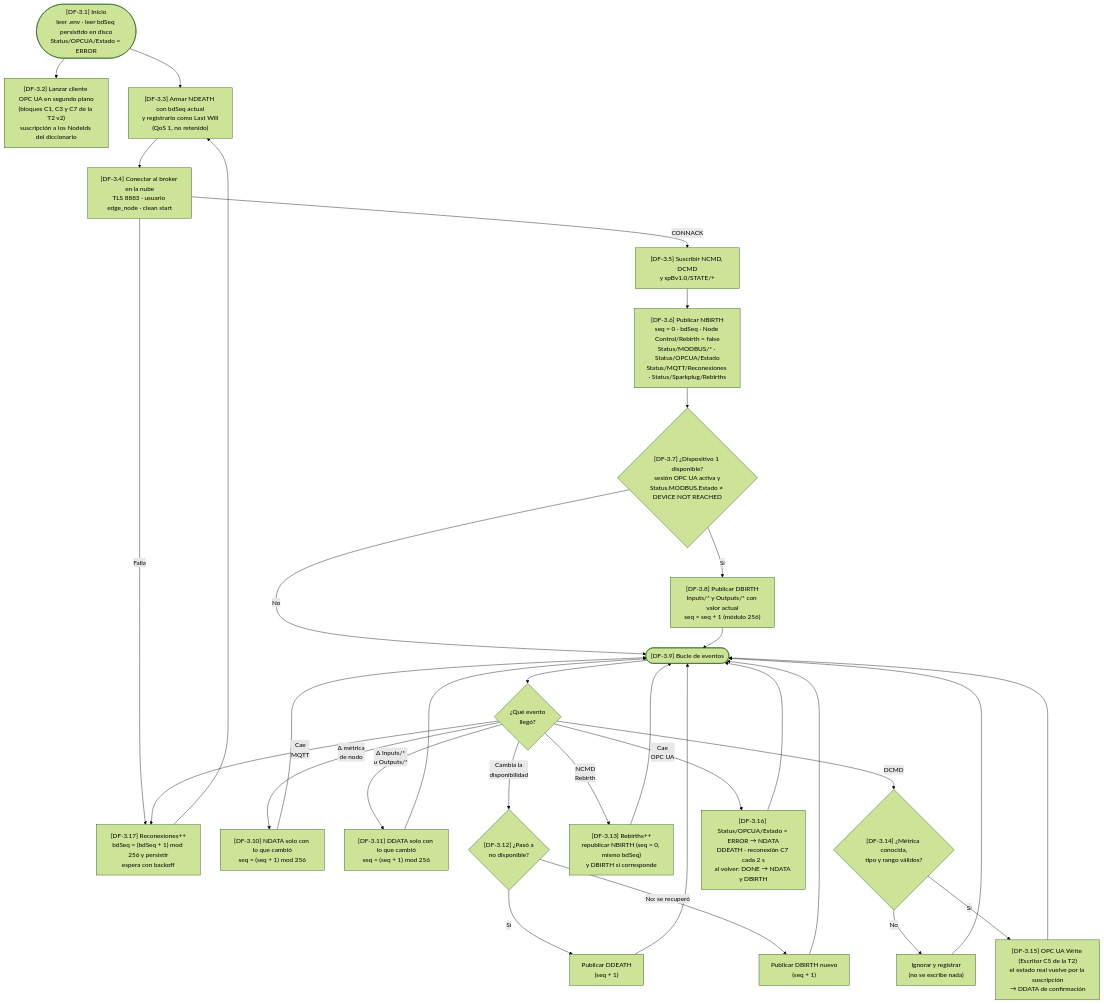
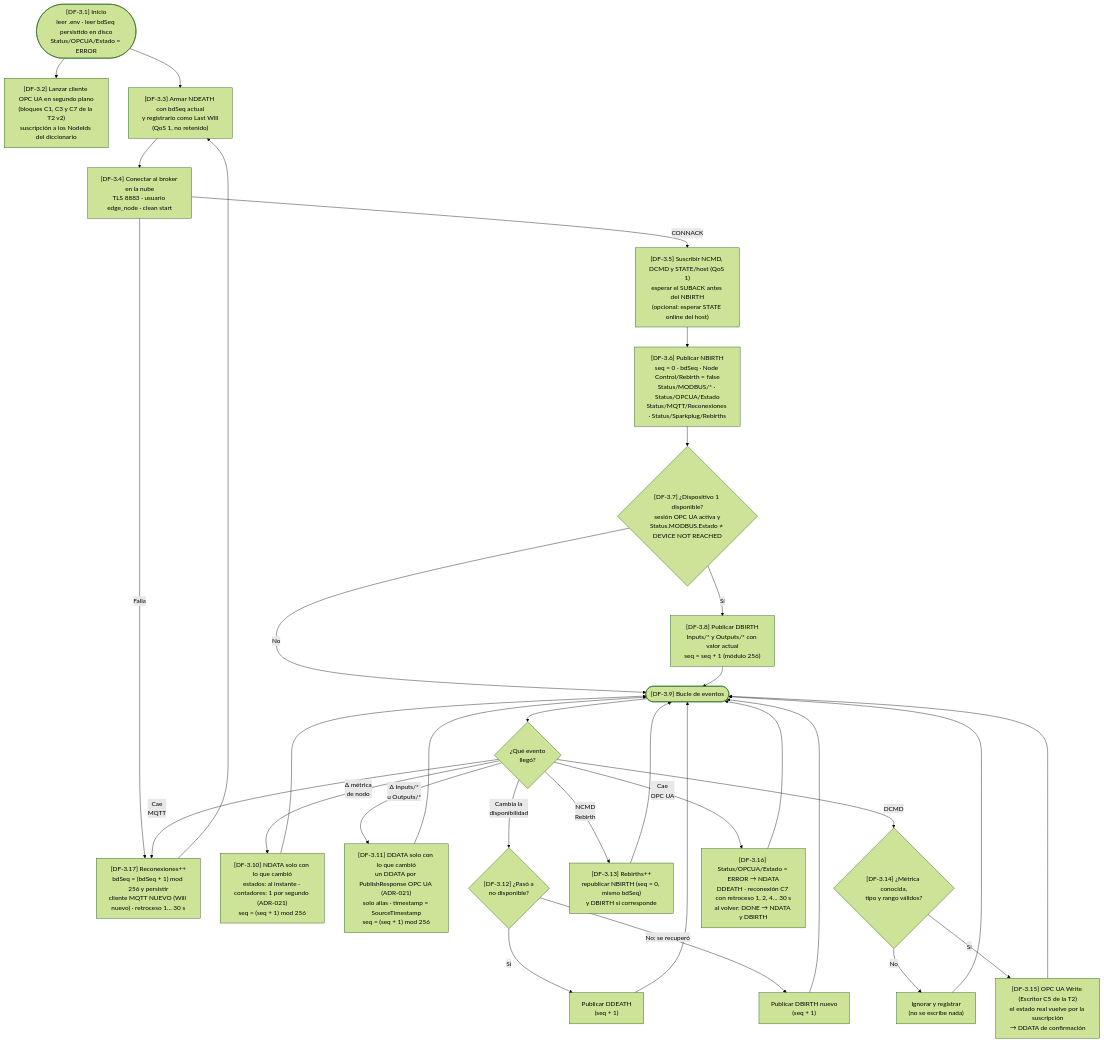
One commit to bevilacquafrancisco/protocolos-comunicaciones-industriales changed the diagram in tarea-3/docs/diagramas/flujo-edge-node.mmd. Above: the diagram before and after it, drawn with Mermaid (forest theme). The commit also changed 7 other files, not shown here.

```diff
--- a/tarea-3/docs/diagramas/flujo-edge-node.mmd
+++ b/tarea-3/docs/diagramas/flujo-edge-node.mmd
@@ -1,37 +1,37 @@
 %% flujo-edge-node.mmd — Dispositivo 3 · cliente OPC UA (T2 v2) + Edge Node Sparkplug B
 %% Cada bloque [DF-3.x] se cita en el comentario de la función Python que lo implementa.
 %% Ciclo de vida según Sparkplug 3.0 (I-07, I-10) · estados de comunicación en el nodo (ADR-006)
 flowchart TD
     A(["[DF-3.1] Inicio<br/>leer .env · leer bdSeq persistido en disco<br/>Status/OPCUA/Estado = ERROR"])
     A --> B["[DF-3.2] Lanzar cliente OPC UA en segundo plano<br/>(bloques C1, C3 y C7 de la T2 v2)<br/>suscripción a los NodeIds del diccionario"]
     A --> C["[DF-3.3] Armar NDEATH con bdSeq actual<br/>y registrarlo como Last Will<br/>(QoS 1, no retenido)"]
     C --> D["[DF-3.4] Conectar al broker en la nube<br/>TLS 8883 · usuario edge_node · clean start"]
     D -- "Falla" --> RC
-    D -- "CONNACK" --> E["[DF-3.5] Suscribir NCMD, DCMD<br/>y spBv1.0/STATE/+"]
+    D -- "CONNACK" --> E["[DF-3.5] Suscribir NCMD, DCMD y STATE/host (QoS 1)<br/>esperar el SUBACK antes del NBIRTH<br/>(opcional: esperar STATE online del host)"]
     E --> F["[DF-3.6] Publicar NBIRTH<br/>seq = 0 · bdSeq · Node Control/Rebirth = false<br/>Status/MODBUS/* · Status/OPCUA/Estado<br/>Status/MQTT/Reconexiones · Status/Sparkplug/Rebirths"]
     F --> G{"[DF-3.7] ¿Dispositivo 1 disponible?<br/>sesión OPC UA activa y<br/>Status.MODBUS.Estado ≠ DEVICE NOT REACHED"}
     G -- Sí --> H["[DF-3.8] Publicar DBIRTH<br/>Inputs/* y Outputs/* con valor actual<br/>seq = seq + 1 (módulo 256)"]
     G -- No --> L
     H --> L
 
     L(["[DF-3.9] Bucle de eventos"]) --> EV{"¿Qué evento<br/>llegó?"}
-    EV -- "Δ métrica<br/>de nodo" --> N1["[DF-3.10] NDATA solo con lo que cambió<br/>seq = (seq + 1) mod 256"]
-    EV -- "Δ Inputs/*<br/>u Outputs/*" --> N2["[DF-3.11] DDATA solo con lo que cambió<br/>seq = (seq + 1) mod 256"]
+    EV -- "Δ métrica<br/>de nodo" --> N1["[DF-3.10] NDATA solo con lo que cambió<br/>estados: al instante · contadores: 1 por segundo (ADR-021)<br/>seq = (seq + 1) mod 256"]
+    EV -- "Δ Inputs/*<br/>u Outputs/*" --> N2["[DF-3.11] DDATA solo con lo que cambió<br/>un DDATA por PublishResponse OPC UA (ADR-021)<br/>solo alias · timestamp = SourceTimestamp<br/>seq = (seq + 1) mod 256"]
     EV -- "Cambia la<br/>disponibilidad" --> N3{"[DF-3.12] ¿Pasó a<br/>no disponible?"}
     N3 -- Sí --> DD["Publicar DDEATH<br/>(seq + 1)"]
     N3 -- "No: se recuperó" --> DB["Publicar DBIRTH nuevo<br/>(seq + 1)"]
     EV -- "NCMD<br/>Rebirth" --> RB["[DF-3.13] Rebirths++<br/>republicar NBIRTH (seq = 0, mismo bdSeq)<br/>y DBIRTH si corresponde"]
     EV -- "DCMD" --> CM{"[DF-3.14] ¿Métrica conocida,<br/>tipo y rango válidos?"}
     CM -- No --> CMX["Ignorar y registrar<br/>(no se escribe nada)"]
     CM -- Sí --> CMW["[DF-3.15] OPC UA Write (Escritor C5 de la T2)<br/>el estado real vuelve por la suscripción<br/>→ DDATA de confirmación"]
-    EV -- "Cae<br/>OPC UA" --> OU["[DF-3.16] Status/OPCUA/Estado = ERROR → NDATA<br/>DDEATH · reconexión C7 cada 2 s<br/>al volver: DONE → NDATA y DBIRTH"]
-    EV -- "Cae<br/>MQTT" --> RC["[DF-3.17] Reconexiones++<br/>bdSeq = (bdSeq + 1) mod 256 y persistir<br/>espera con backoff"]
+    EV -- "Cae<br/>OPC UA" --> OU["[DF-3.16] Status/OPCUA/Estado = ERROR → NDATA<br/>DDEATH · reconexión C7 con retroceso 1, 2, 4… 30 s<br/>al volver: DONE → NDATA y DBIRTH"]
+    EV -- "Cae<br/>MQTT" --> RC["[DF-3.17] Reconexiones++<br/>bdSeq = (bdSeq + 1) mod 256 y persistir<br/>cliente MQTT NUEVO (Will nuevo) · retroceso 1… 30 s"]
     RC --> C
     N1 --> L
     N2 --> L
     DD --> L
     DB --> L
     RB --> L
     CMX --> L
     CMW --> L
     OU --> L
```
